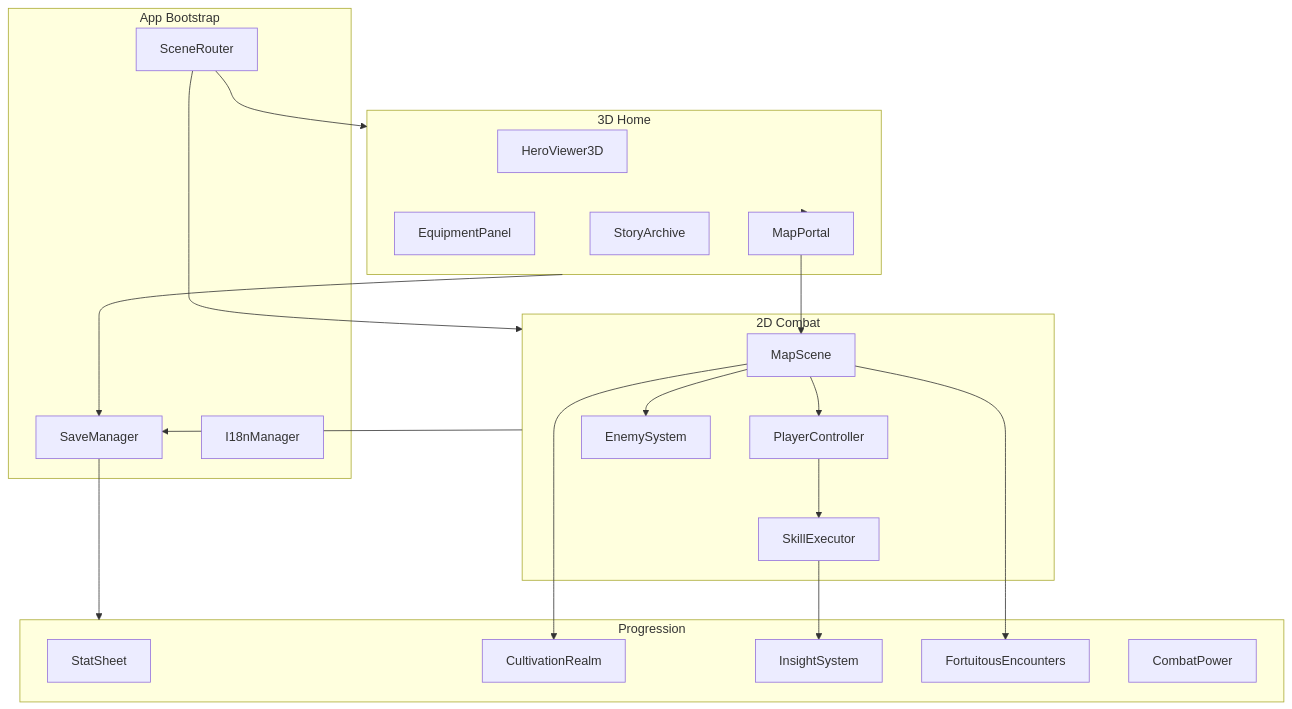
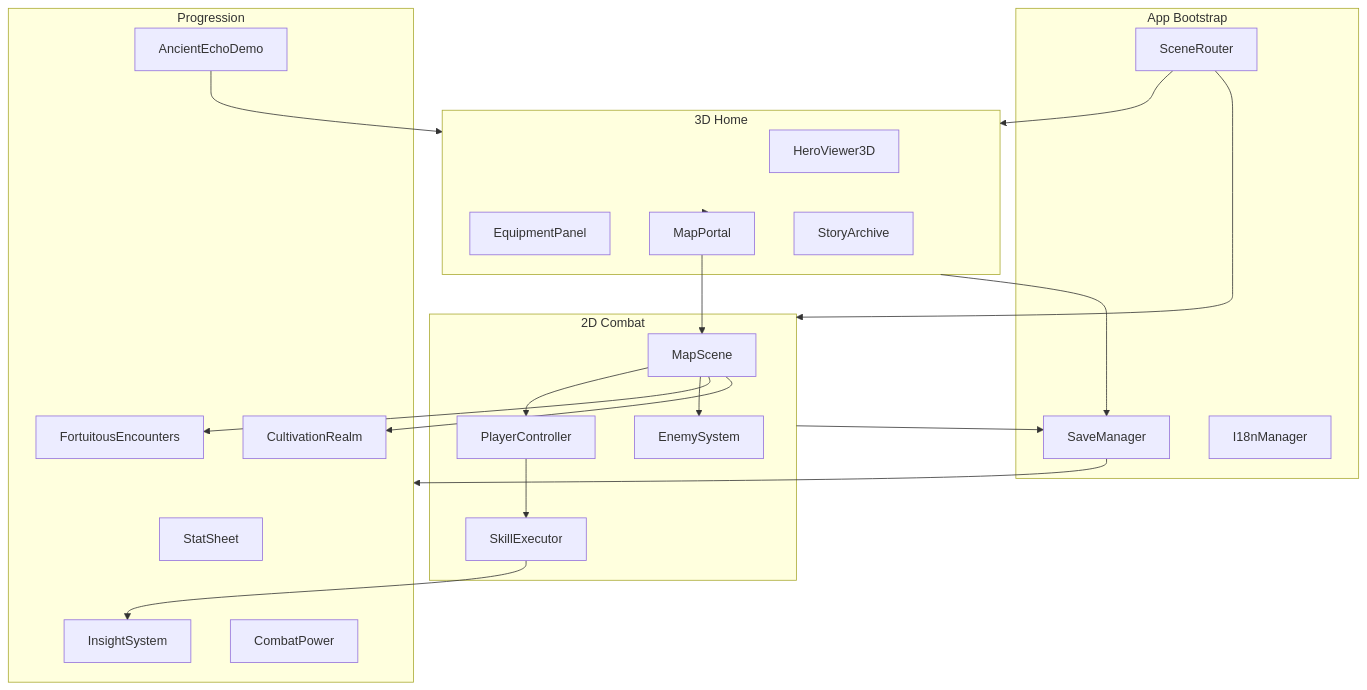
One commit to hoanganh25991/path-of-dao changed the diagram in master-plan.md. Above: the diagram before and after it, drawn with Mermaid. The commit also changed other lines of this file and 13 other files, not shown here.

````diff
--- a/master-plan.md
+++ b/master-plan.md
@@ -115,44 +118,46 @@
 ```mermaid
 flowchart TB
     subgraph bootstrap [App Bootstrap]
         Router[SceneRouter]
         Save[SaveManager]
         I18n[I18nManager]
     end
 
     subgraph home [3D Home]
         HeroViewer[HeroViewer3D]
         EquipUI[EquipmentPanel]
         MapPortal[MapPortal]
         StoryArchive[StoryArchive]
     end
 
     subgraph combat [2D Combat]
         MapScene[MapScene]
         Player[PlayerController]
         Enemies[EnemySystem]
         Skills[SkillExecutor]
     end
 
     subgraph progression [Progression]
         Stats[StatSheet]
         Realm[CultivationRealm]
         Insight[InsightSystem]
         Encounters[FortuitousEncounters]
+        AncientEcho[AncientEchoDemo]
         CP[CombatPower]
     end
 
     Router --> home
     Router --> combat
     Save --> progression
     home --> MapPortal
+    AncientEcho --> home
     MapPortal --> MapScene
     MapScene --> Player
     MapScene --> Enemies
     Player --> Skills
     Skills --> Insight
     MapScene --> Encounters
     MapScene --> Realm
     combat --> Save
     home --> Save
 ```
````
